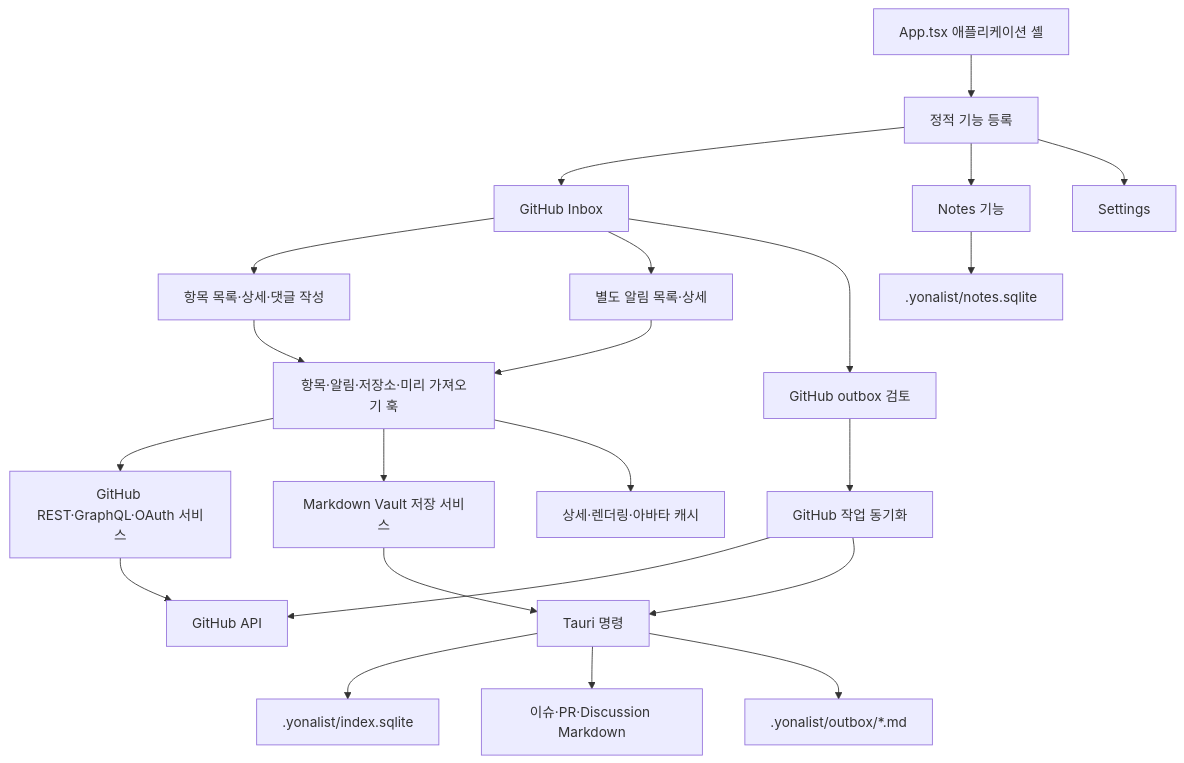
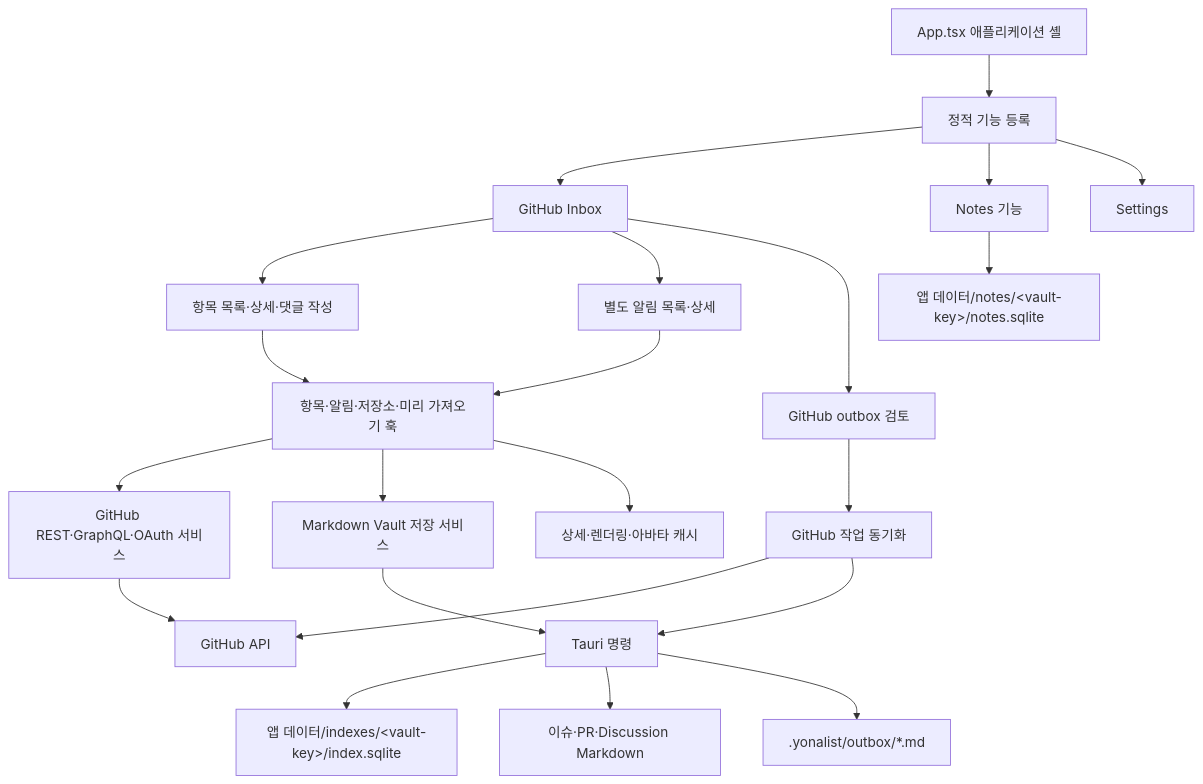
One commit to doortts/yonalist changed the first of 4 diagrams in docs/superpowers/specs/2026-07-27-github-inbox-removal-and-yonalist-boundary-design.md. Above: the diagram before and after it, drawn with Mermaid. The commit also changed other lines of this file, not shown here.

````diff
--- a/docs/superpowers/specs/2026-07-27-github-inbox-removal-and-yonalist-boundary-design.md
+++ b/docs/superpowers/specs/2026-07-27-github-inbox-removal-and-yonalist-boundary-design.md
@@ -126,47 +126,47 @@
 ```mermaid
 flowchart TB
     Shell["App.tsx 애플리케이션 셸"]
     Registry["정적 기능 등록"]
     Inbox["GitHub Inbox"]
     Notes["Notes 기능"]
     Settings["Settings"]
 
     ItemUI["항목 목록·상세·댓글 작성"]
     NotificationUI["별도 알림 목록·상세"]
     OutboxUI["GitHub outbox 검토"]
 
     Hooks["항목·알림·저장소·미리 가져오기 훅"]
     GithubServices["GitHub REST·GraphQL·OAuth 서비스"]
     VaultStore["Markdown Vault 저장 서비스"]
     OutboxSync["GitHub 작업 동기화"]
     DetailCaches["상세·렌더링·아바타 캐시"]
 
     Tauri["Tauri 명령"]
-    IndexDb[".yonalist/index.sqlite"]
+    IndexDb["앱 데이터/indexes/&lt;vault-key&gt;/index.sqlite"]
     Markdown["이슈·PR·Discussion Markdown"]
     OutboxFiles[".yonalist/outbox/*.md"]
-    NotesDb[".yonalist/notes.sqlite"]
+    NotesDb["앱 데이터/notes/&lt;vault-key&gt;/notes.sqlite"]
     Github["GitHub API"]
 
     Shell --> Registry
     Registry --> Inbox
     Registry --> Notes
     Registry --> Settings
     Inbox --> ItemUI
     Inbox --> NotificationUI
     Inbox --> OutboxUI
     ItemUI --> Hooks
     NotificationUI --> Hooks
     OutboxUI --> OutboxSync
     Hooks --> GithubServices
     Hooks --> VaultStore
     Hooks --> DetailCaches
     GithubServices --> Github
     OutboxSync --> Github
     VaultStore --> Tauri
     OutboxSync --> Tauri
     Tauri --> IndexDb
     Tauri --> Markdown
     Tauri --> OutboxFiles
     Notes --> NotesDb
 ```
````
